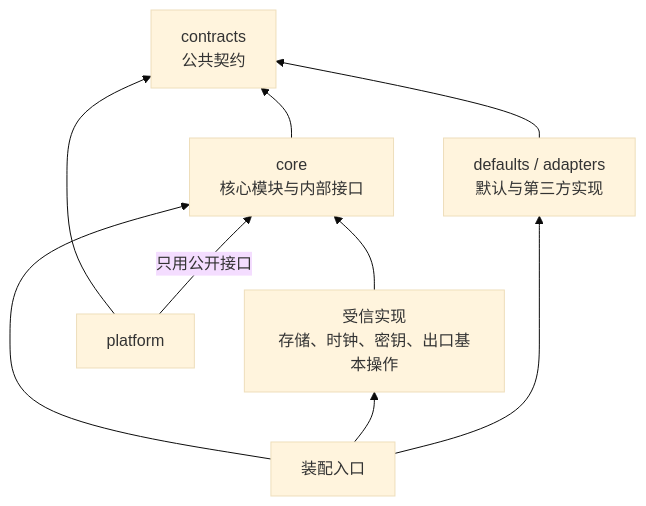
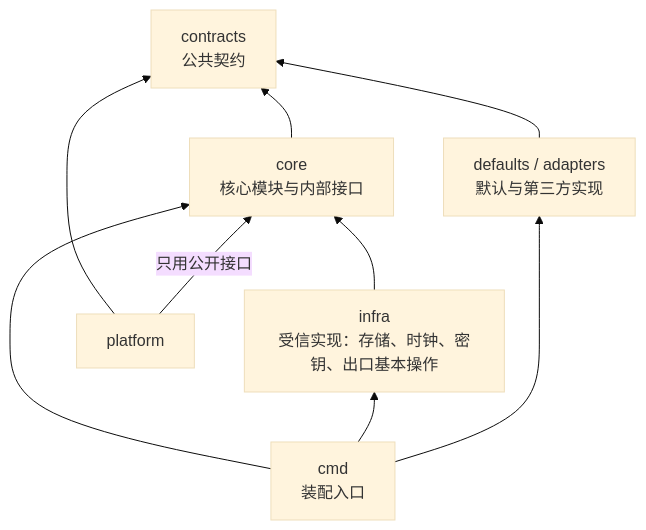
One commit to ruipengliu/lerna changed the second of 2 diagrams in docs/architecture/layers.md. Above: the diagram before and after it, drawn with Mermaid (base theme). The commit also changed other lines of this file and 49 other files, not shown here.

````diff
--- a/docs/architecture/layers.md
+++ b/docs/architecture/layers.md
@@ -253,17 +260,17 @@
 ```mermaid
 flowchart BT
     PUB["contracts<br/>公共契约"]
     CORE["core<br/>核心模块与内部接口"]
-    INF["受信实现<br/>存储、时钟、密钥、出口基本操作"]
+    INF["infra<br/>受信实现：存储、时钟、密钥、出口基本操作"]
     DEF["defaults / adapters<br/>默认与第三方实现"]
     PLAT["platform"]
-    APP["装配入口"]
+    APP["cmd<br/>装配入口"]
     CORE --> PUB
     INF --> CORE
     DEF --> PUB
     PLAT --> PUB
     PLAT -- "只用公开接口" --> CORE
     APP --> CORE
     APP --> INF
     APP --> DEF
 ```
````
